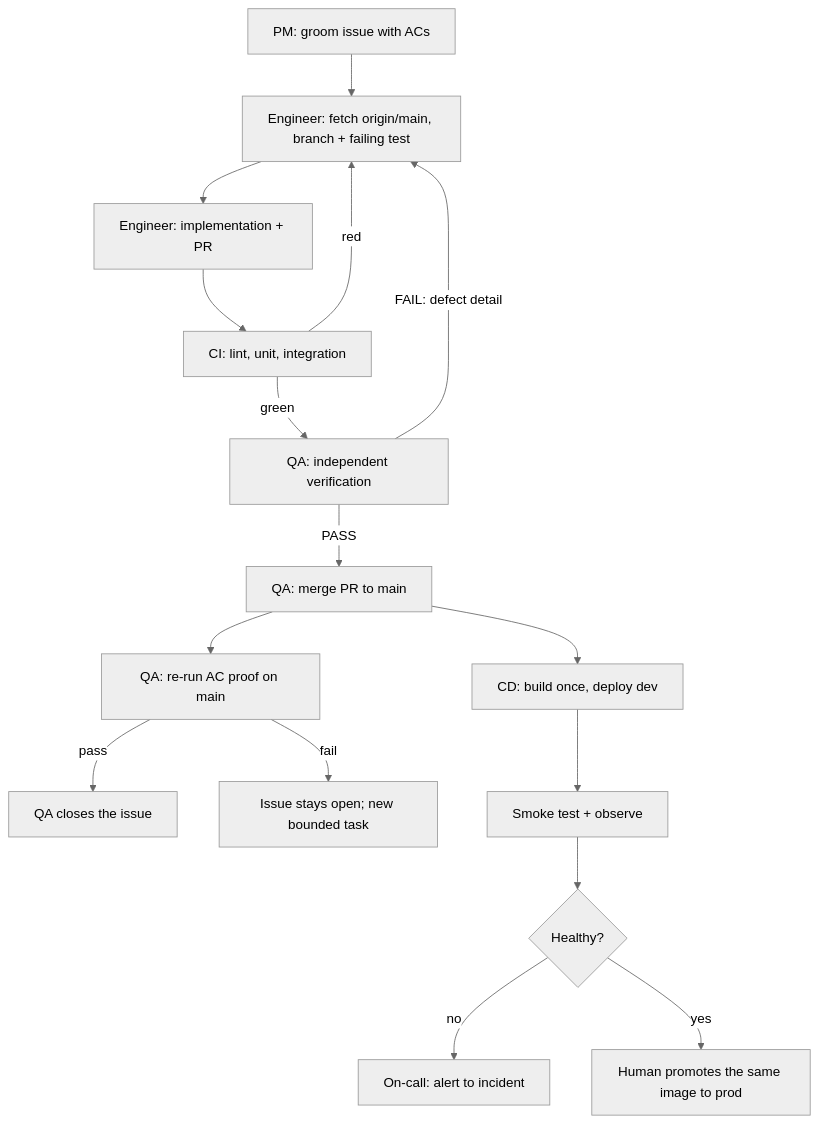
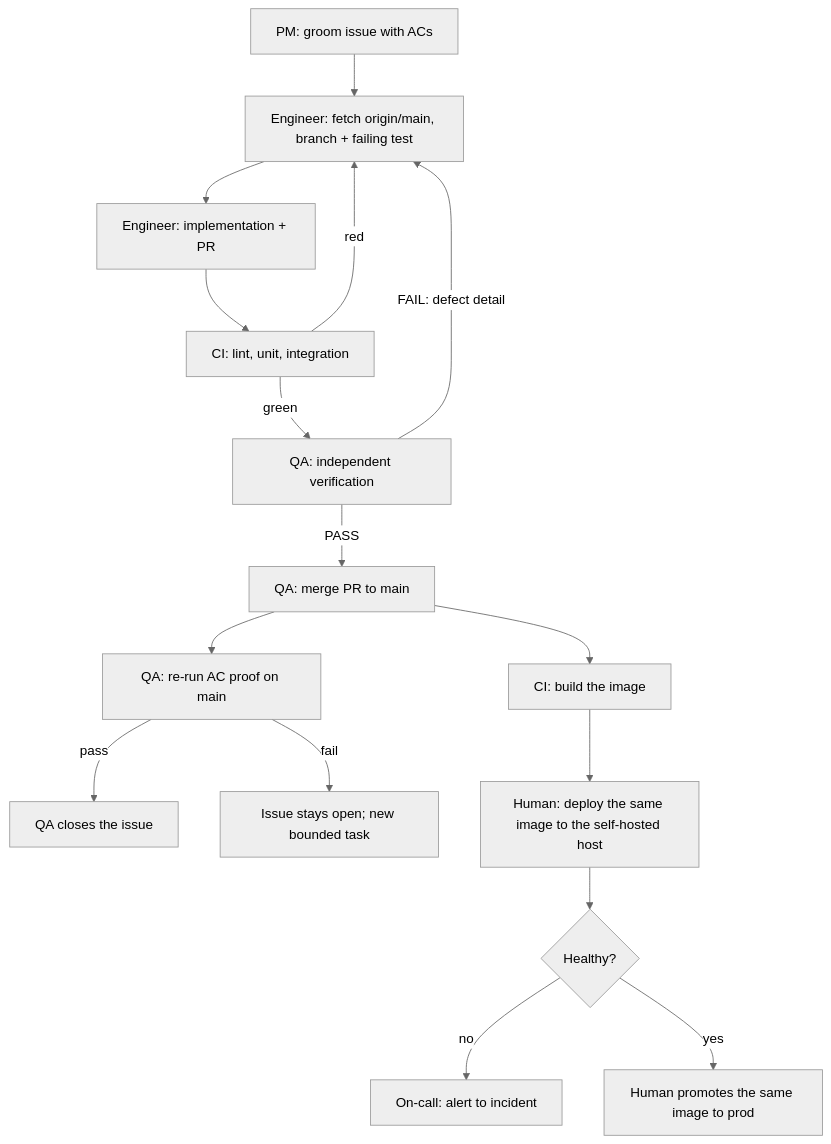
The diagram in _docs/process.md (cancinoray/stockroom), drawn with Mermaid (neutral theme) before and after one commit. The commit also changed other lines of this file and 9 other files, not shown here.

````diff
--- a/_docs/process.md
+++ b/_docs/process.md
@@ -66,18 +67,18 @@
 ```mermaid
 flowchart TD
     A[PM: groom issue with ACs] --> B[Engineer: fetch origin/main, branch + failing test]
     B --> C[Engineer: implementation + PR]
     C --> D[CI: lint, unit, integration]
     D -->|red| B
     D -->|green| E[QA: independent verification]
     E -->|FAIL: defect detail| B
     E -->|PASS| M[QA: merge PR to main]
-    M --> G[CD: build once, deploy dev]
+    M --> G[CI: build the image]
     M --> P[QA: re-run AC proof on main]
     P -->|pass| Q[QA closes the issue]
     P -->|fail| R[Issue stays open; new bounded task]
-    G --> H[Smoke test + observe]
+    G --> H[Human: deploy the same image to the self-hosted host]
     H --> I{Healthy?}
     I -->|no| J[On-call: alert to incident]
     I -->|yes| K[Human promotes the same image to prod]
 ```
````
